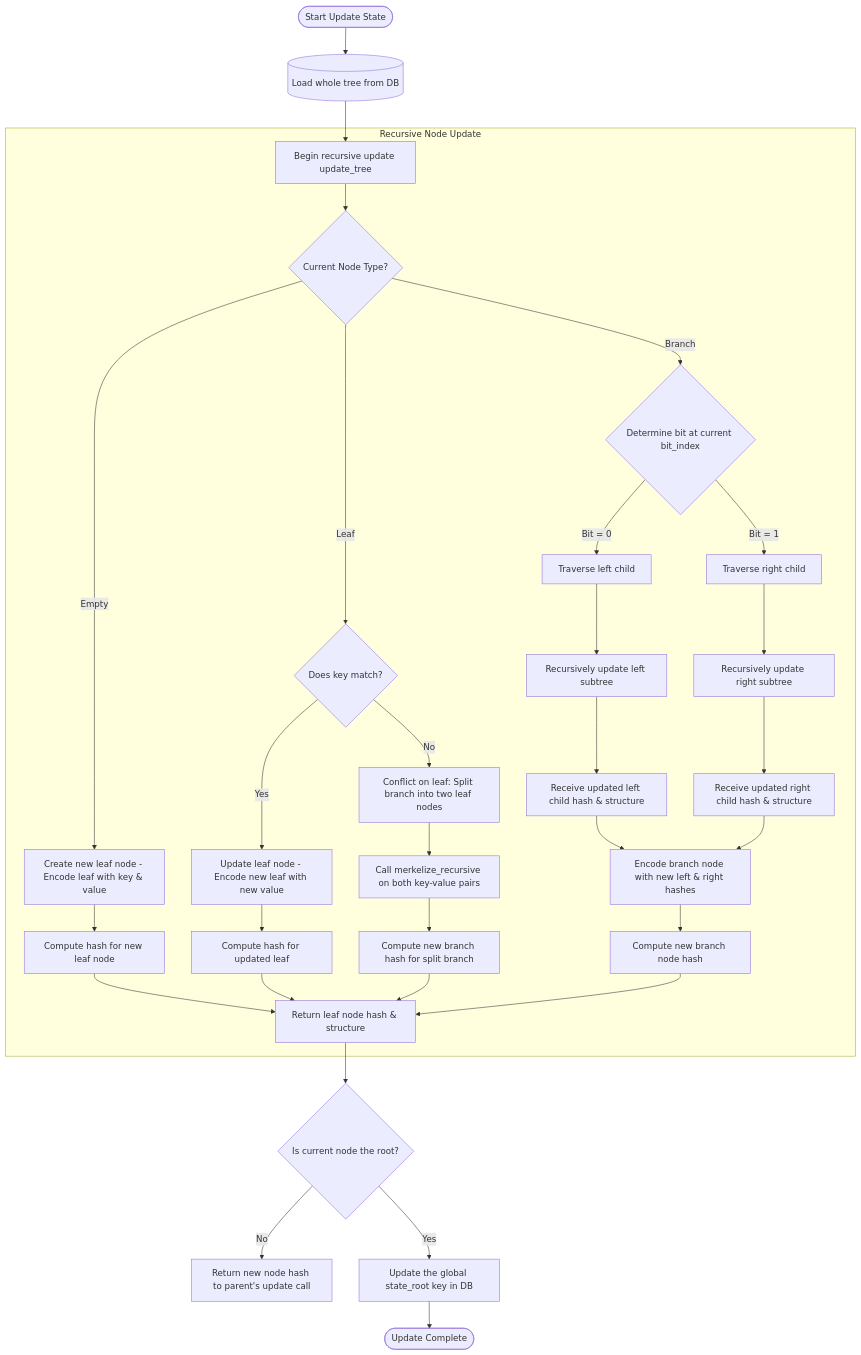
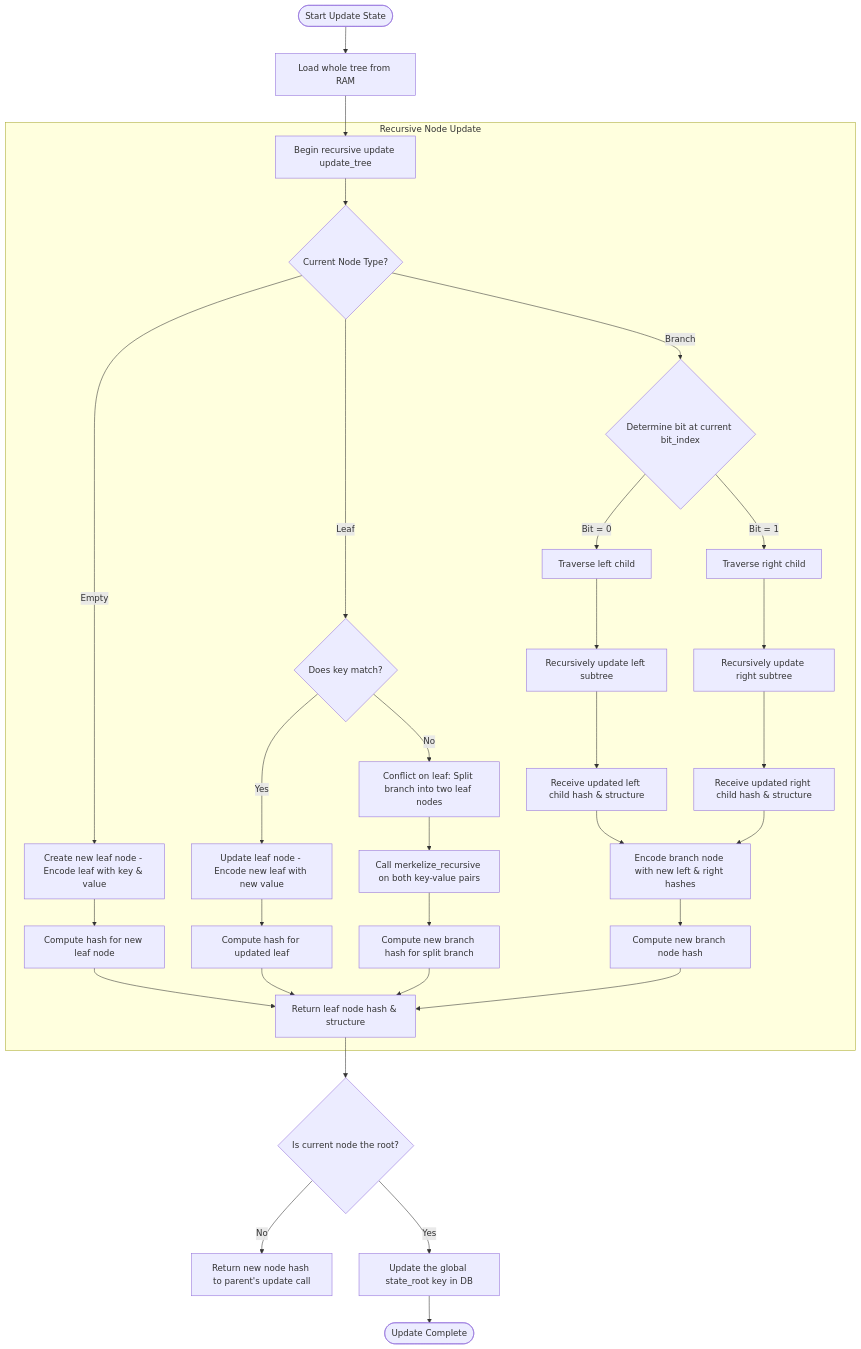
One commit to Chainscore/tessera changed the diagram in adr/adr-0002.md. Above: the diagram before and after it, drawn with Mermaid. The commit also changed other lines of this file and 4 other files, not shown here.

Commit message:
state update flow updated on adr-0002.md

````diff
--- a/adr/adr-0002.md
+++ b/adr/adr-0002.md
@@ -16,41 +16,41 @@
 ```mermaid
 flowchart TD
-    A([Start Update State]) --> B[(Load whole tree from DB)]
+    A([Start Update State]) --> B[Load whole tree from RAM]
     B --> C[Begin recursive update update_tree]
-    
+
     subgraph RECURSIVE_UPDATE [Recursive Node Update]
       C --> D{Current Node Type?}
-      
+
       D -- "Empty" --> E[Create new leaf node - Encode leaf with key & value]
       E --> F[Compute hash for new leaf node]
       F --> G[Return leaf node hash & structure]
-      
+
       D -- "Leaf" --> H{Does key match?}
       H -- Yes --> I[Update leaf node - Encode new leaf with new value]
       I --> J[Compute hash for updated leaf]
       J --> G
       H -- No --> K[Conflict on leaf: Split branch into two leaf nodes]
       K --> L[Call merkelize_recursive on both key-value pairs]
       L --> M[Compute new branch hash for split branch]
       M --> G
-      
+
       D -- "Branch" --> N{Determine bit at current bit_index}
       N -- "Bit = 0" --> O[Traverse left child]
       N -- "Bit = 1" --> P[Traverse right child]
-      
+
       O --> Q[Recursively update left subtree]
       Q --> R[Receive updated left child hash & structure]
-      
+
       P --> S[Recursively update right subtree]
       S --> T[Receive updated right child hash & structure]
-      
+
       R & T --> U[Encode branch node with new left & right hashes]
       U --> V[Compute new branch node hash]
       V --> G
     end
 
     G --> W{Is current node the root?}
     W -- No --> X[Return new node hash to parent's update call]
     W -- Yes --> Y[Update the global state_root key in DB]
     Y --> Z([Update Complete])
 ```
````
